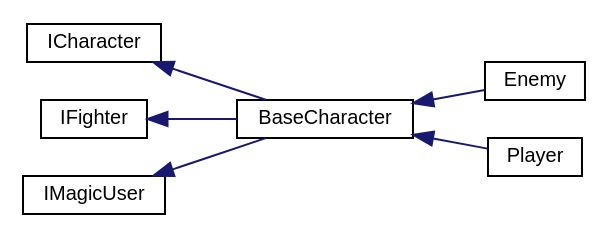
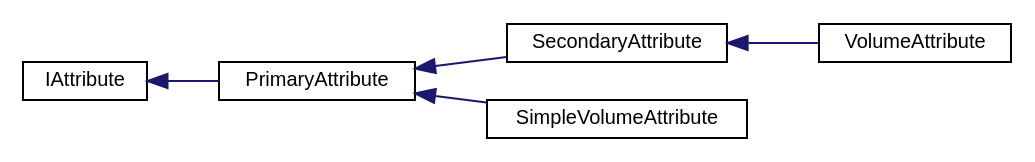
The diagram in inherit_graph_5.dot (PaulSchweizer/ActionRpgKit), drawn with Graphviz before and after one commit. The commit also changed 572 other files, not shown here.

```diff
--- a/inherit_graph_5.dot
+++ b/inherit_graph_5.dot
@@ -1,18 +1,16 @@
 digraph "Graphical Class Hierarchy"
 {
  // INTERACTIVE_SVG=YES
   edge [fontname="Helvetica",fontsize="10",labelfontname="Helvetica",labelfontsize="10"];
   node [fontname="Helvetica",fontsize="10",shape=record];
   rankdir="LR";
-  Node1 [label="ICharacter",height=0.2,width=0.4,color="black", fillcolor="white", style="filled",URL="$d2/df8/interface_action_rpg_kit_1_1_character_1_1_i_character.xhtml",tooltip="Characters populate the game world. They are defined by Stats."];
+  Node1 [label="IAttribute",height=0.2,width=0.4,color="black", fillcolor="white", style="filled",URL="$d5/d7e/interface_action_rpg_kit_1_1_character_1_1_attribute_1_1_i_attribute.xhtml",tooltip="Interface for Attributes. "];
   Node1 -> Node2 [dir="back",color="midnightblue",fontsize="10",style="solid",fontname="Helvetica"];
-  Node2 [label="BaseCharacter",height=0.2,width=0.4,color="black", fillcolor="white", style="filled",URL="$d9/d5c/class_action_rpg_kit_1_1_character_1_1_base_character.xhtml",tooltip="Base implementation of a Character."];
+  Node2 [label="PrimaryAttribute",height=0.2,width=0.4,color="black", fillcolor="white", style="filled",URL="$d5/ddc/class_action_rpg_kit_1_1_character_1_1_attribute_1_1_primary_attribute.xhtml",tooltip="Represents a simple float value. "];
   Node2 -> Node3 [dir="back",color="midnightblue",fontsize="10",style="solid",fontname="Helvetica"];
-  Node3 [label="Enemy",height=0.2,width=0.4,color="black", fillcolor="white", style="filled",URL="$d2/df0/class_action_rpg_kit_1_1_character_1_1_enemy.xhtml",tooltip="Representation of a Hostile, game controlled character."];
-  Node2 -> Node4 [dir="back",color="midnightblue",fontsize="10",style="solid",fontname="Helvetica"];
-  Node4 [label="Player",height=0.2,width=0.4,color="black", fillcolor="white", style="filled",URL="$d7/dd8/class_action_rpg_kit_1_1_character_1_1_player.xhtml",tooltip="Representation of a Player controllable character."];
-  Node5 [label="IFighter",height=0.2,width=0.4,color="black", fillcolor="white", style="filled",URL="$df/d5e/interface_action_rpg_kit_1_1_character_1_1_i_fighter.xhtml",tooltip="Character can fight."];
-  Node5 -> Node2 [dir="back",color="midnightblue",fontsize="10",style="solid",fontname="Helvetica"];
-  Node6 [label="IMagicUser",height=0.2,width=0.4,color="black", fillcolor="white", style="filled",URL="$dd/db0/interface_action_rpg_kit_1_1_character_1_1_i_magic_user.xhtml",tooltip="Character can use Magic."];
-  Node6 -> Node2 [dir="back",color="midnightblue",fontsize="10",style="solid",fontname="Helvetica"];
+  Node3 [label="SecondaryAttribute",height=0.2,width=0.4,color="black", fillcolor="white", style="filled",URL="$df/d43/class_action_rpg_kit_1_1_character_1_1_attribute_1_1_secondary_attribute.xhtml",tooltip="The Value is calculated through a given formula. "];
+  Node3 -> Node4 [dir="back",color="midnightblue",fontsize="10",style="solid",fontname="Helvetica"];
+  Node4 [label="VolumeAttribute",height=0.2,width=0.4,color="black", fillcolor="white", style="filled",URL="$d6/ddf/class_action_rpg_kit_1_1_character_1_1_attribute_1_1_volume_attribute.xhtml",tooltip="Represents a volume of something, e.g. magic, life. The base value is derived through a formula and s..."];
+  Node2 -> Node5 [dir="back",color="midnightblue",fontsize="10",style="solid",fontname="Helvetica"];
+  Node5 [label="SimpleVolumeAttribute",height=0.2,width=0.4,color="black", fillcolor="white", style="filled",URL="$db/d9c/class_action_rpg_kit_1_1_character_1_1_attribute_1_1_simple_volume_attribute.xhtml",tooltip="The base value is a simple float as opposed to a formula based. "];
 }
```
